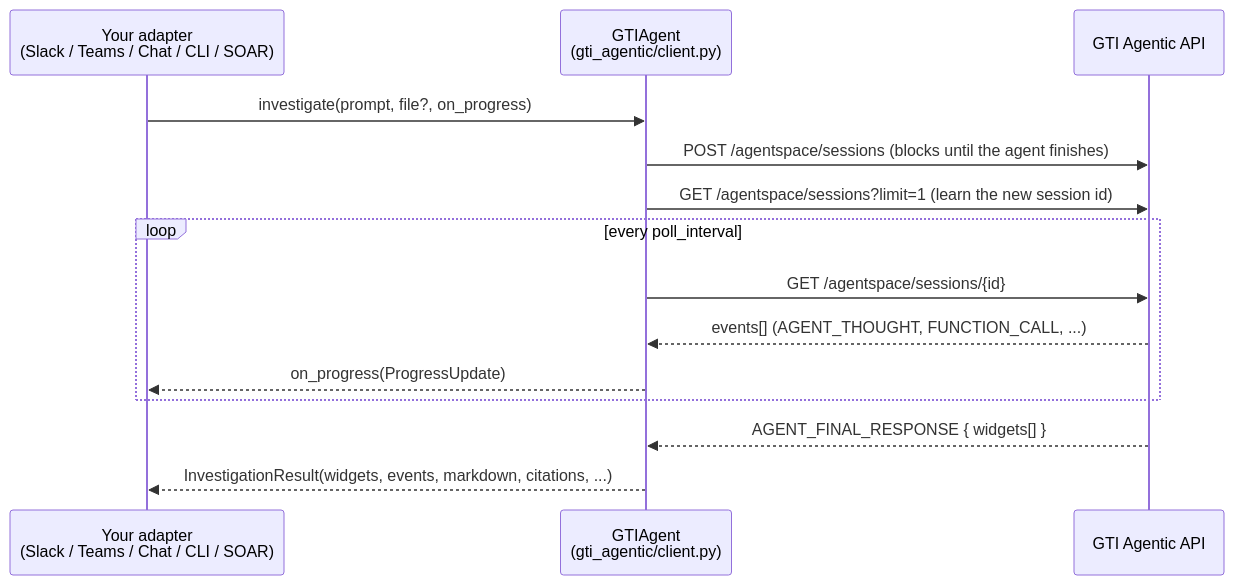
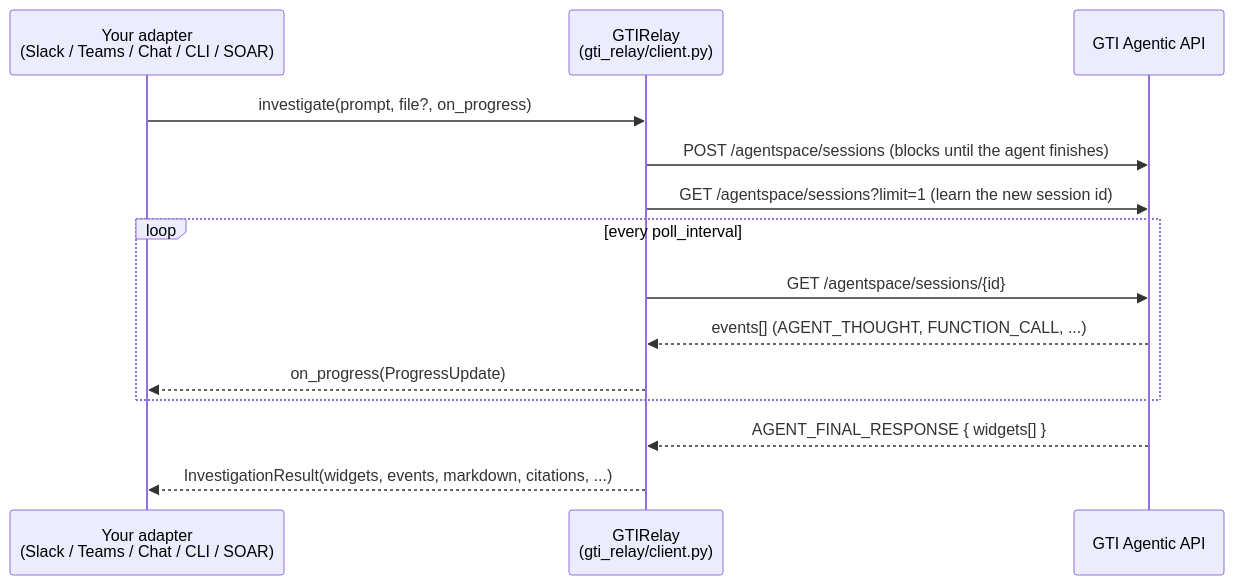
One commit to googleSandy/gti-relay changed the diagram in README.md. Above: the diagram before and after it, drawn with Mermaid. The commit also changed other lines of this file and 16 other files, not shown here.

First line of the commit message:
Rename to gti_relay/GTIRelay; add architecture diagram, starter Google Chat and Slack adapters, AGENTS.md

````diff
--- a/README.md
+++ b/README.md
@@ -44,17 +56,17 @@
 ```mermaid
 sequenceDiagram
     participant A as Your adapter<br/>(Slack / Teams / Chat / CLI / SOAR)
-    participant C as GTIAgent<br/>(gti_agentic/client.py)
+    participant C as GTIRelay<br/>(gti_relay/client.py)
     participant API as GTI Agentic API
 
     A->>C: investigate(prompt, file?, on_progress)
     C->>API: POST /agentspace/sessions  (blocks until the agent finishes)
     C->>API: GET  /agentspace/sessions?limit=1  (learn the new session id)
     loop every poll_interval
         C->>API: GET /agentspace/sessions/{id}
         API-->>C: events[] (AGENT_THOUGHT, FUNCTION_CALL, ...)
         C-->>A: on_progress(ProgressUpdate)
     end
     API-->>C: AGENT_FINAL_RESPONSE { widgets[] }
     C-->>A: InvestigationResult(widgets, events, markdown, citations, ...)
 ```
````
